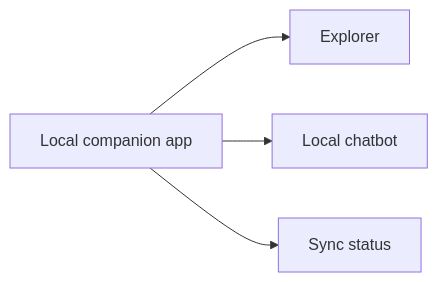
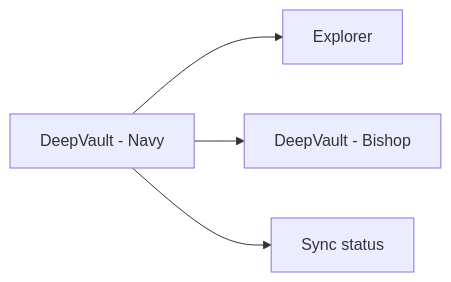
One commit to AlexAgo83/deepvault changed the diagram in logics/architecture/adr_012_local_companion_runtime_for_explorer_and_chat.md. Above: the diagram before and after it, drawn with Mermaid. The commit also changed other lines of this file and 21 other files, not shown here.

Commit message:
Update DeepVault naming and Azure hosting docs

````diff
--- a/logics/architecture/adr_012_local_companion_runtime_for_explorer_and_chat.md
+++ b/logics/architecture/adr_012_local_companion_runtime_for_explorer_and_chat.md
@@ -15,6 +15,6 @@
 ```mermaid
 flowchart LR
-    LocalApp[Local companion app] --> Explorer[Explorer]
-    LocalApp --> Chat[Local chatbot]
+    LocalApp[DeepVault - Navy] --> Explorer[Explorer]
+    LocalApp --> Chat[DeepVault - Bishop]
     LocalApp --> Sync[Sync status]
 ```
````
